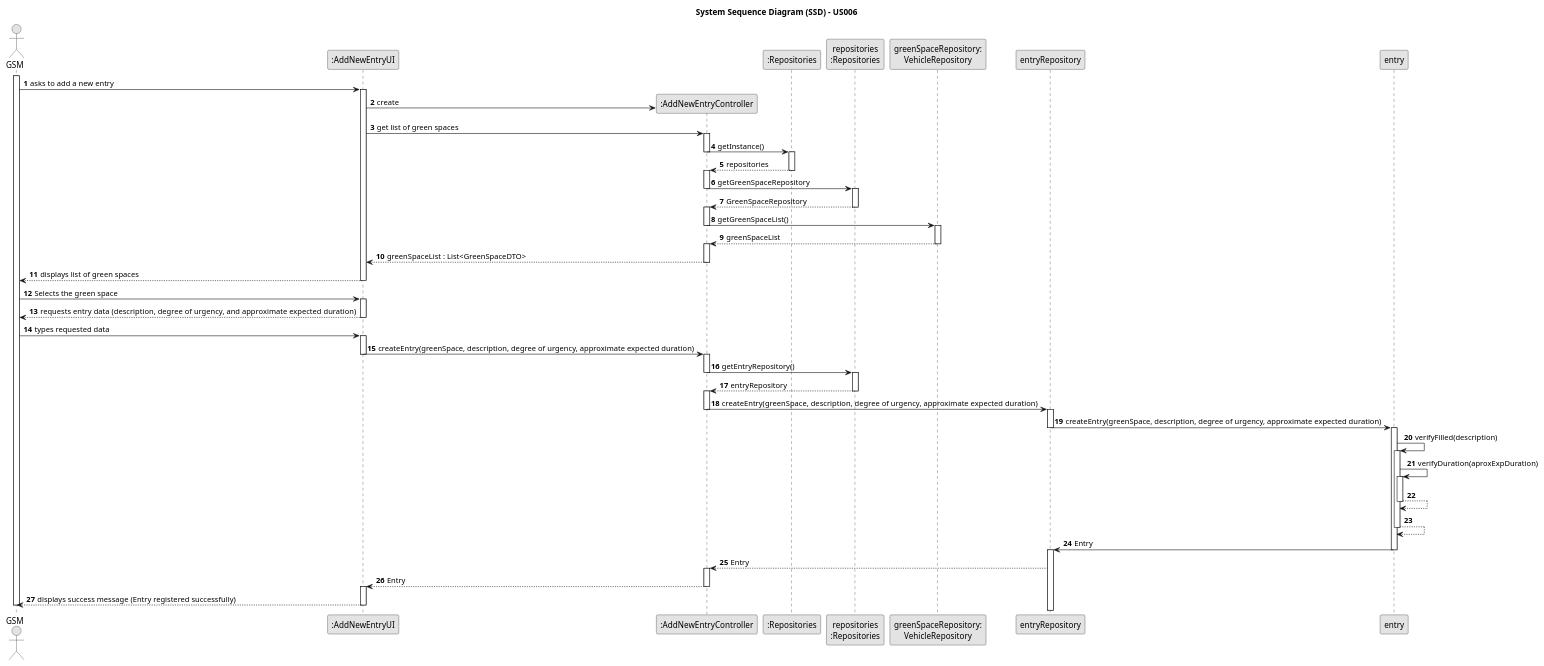
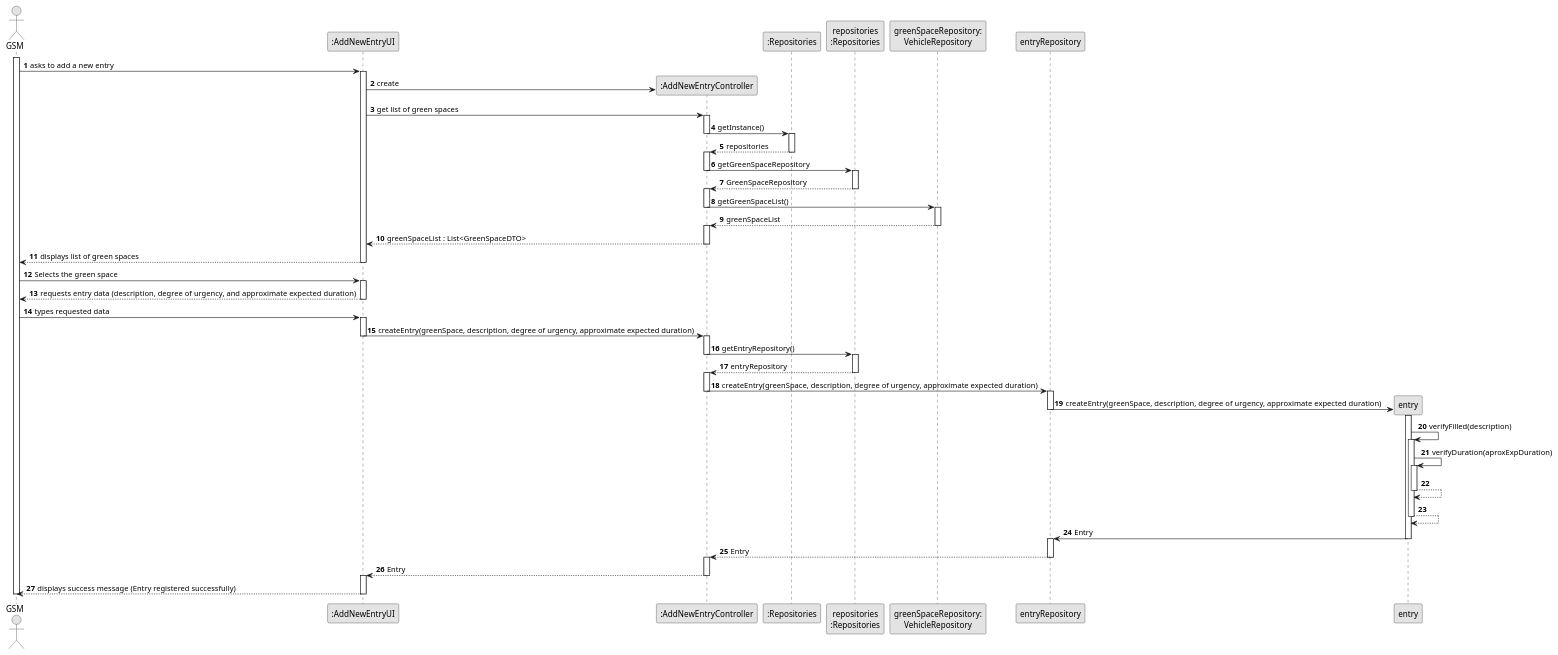
Before and after one commit to ricardomm7/leaflink: the diagram in docs/sprintC/us021/03.design/puml/us021-sequence-diagram-full.puml, drawn with PlantUML. The commit also changed 81 other files, not shown here.

```diff
--- a/docs/sprintC/us021/03.design/puml/us021-sequence-diagram-full.puml
+++ b/docs/sprintC/us021/03.design/puml/us021-sequence-diagram-full.puml
@@ -2,122 +2,123 @@
 @startuml
 skinparam monochrome true
 skinparam packageStyle rectangle
 skinparam shadowing false
 
-title System Sequence Diagram (SSD) - US006
+''title System Sequence Diagram (SSD) - US006
 
 autonumber
 
 actor "GSM" as GSM
 participant ":AddNewEntryUI" as UI
 participant ":AddNewEntryController" as CTRL
 participant ":Repositories" as RepositorySingleton
 participant "repositories\n:Repositories" as PLAT
 participant "greenSpaceRepository:\nVehicleRepository" as GreenSpaceRepository
 participant "entryRepository" as EntryRep
 participant "entry" as Entry
 
 activate GSM
 
     GSM -> UI : asks to add a new entry
     activate UI
 
 
         UI -> CTRL** : create
 
         UI -> CTRL : get list of green spaces
         activate CTRL
 
         CTRL -> RepositorySingleton : getInstance()
         deactivate CTRL
         activate RepositorySingleton
 
 
         RepositorySingleton --> CTRL : repositories
         deactivate RepositorySingleton
         activate CTRL
 
         CTRL -> PLAT :getGreenSpaceRepository
         deactivate CTRL
         activate PLAT
 
 
         PLAT --> CTRL : GreenSpaceRepository
         deactivate PLAT
         activate CTRL
 
 
         CTRL -> GreenSpaceRepository : getGreenSpaceList()
         deactivate CTRL
         activate GreenSpaceRepository
 
         GreenSpaceRepository --> CTRL : greenSpaceList
         deactivate GreenSpaceRepository
         activate CTRL
 
         CTRL --> UI : greenSpaceList : List<GreenSpaceDTO>
         deactivate CTRL
 
 
         UI --> GSM : displays list of green spaces
         deactivate UI
 
         GSM -> UI : Selects the green space
         activate UI
 
         UI --> GSM : requests entry data (description, degree of urgency, and approximate expected duration)
         deactivate UI
 
         GSM -> UI : types requested data
         activate UI
 
         UI -> CTRL : createEntry(greenSpace, description, degree of urgency, approximate expected duration)
         deactivate UI
         activate CTRL
 
 
         CTRL -> PLAT : getEntryRepository()
         deactivate CTRL
         activate PLAT
 
         PLAT --> CTRL : entryRepository
         deactivate PLAT
         activate CTRL
 
         CTRL -> EntryRep : createEntry(greenSpace, description, degree of urgency, approximate expected duration)
         deactivate CTRL
         activate EntryRep
 
-        EntryRep -> Entry : createEntry(greenSpace, description, degree of urgency, approximate expected duration)
+        EntryRep -> Entry** : createEntry(greenSpace, description, degree of urgency, approximate expected duration)
         deactivate EntryRep
         activate Entry
 
         Entry -> Entry : verifyFilled(description)
         activate Entry
 
         Entry -> Entry : verifyDuration(aproxExpDuration)
         activate Entry
 
         Entry --> Entry
         deactivate Entry
 
         Entry --> Entry
         deactivate Entry
 
         Entry -> EntryRep : Entry
         deactivate Entry
         activate EntryRep
 
         EntryRep --> CTRL : Entry
+        deactivate EntryRep
         activate CTRL
 
         CTRL --> UI : Entry
         deactivate CTRL
         activate UI
 
     UI --> GSM : displays success message (Entry registered successfully)
     deactivate UI
 
 deactivate GSM
 
 @enduml
```
